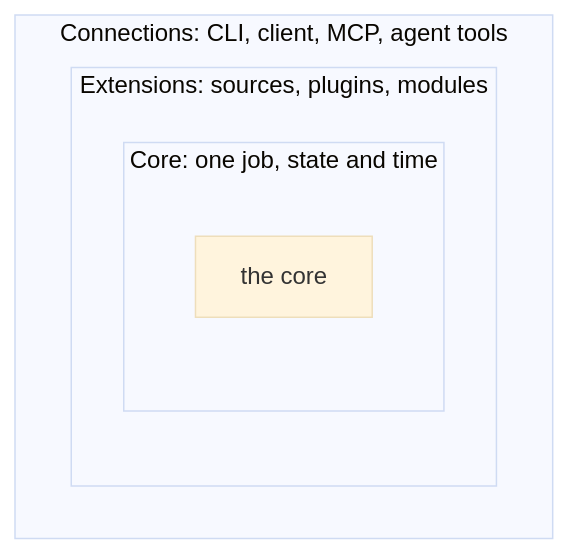
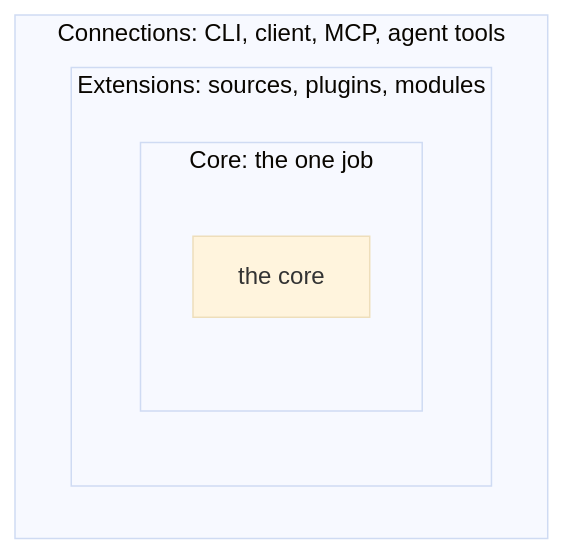
The diagram in PHILOSOPHY.md (wrkhse/workhorse), drawn with Mermaid (base theme) before and after one commit. The commit also changed other lines of this file, not shown here.

First line of the commit message:
docs(philosophy): name each project's core and match the Luau decisions (#57)

````diff
--- a/PHILOSOPHY.md
+++ b/PHILOSOPHY.md
@@ -53,10 +53,10 @@
 ```mermaid
 flowchart TB
     subgraph Connect["Connections: CLI, client, MCP, agent tools"]
         subgraph Extend["Extensions: sources, plugins, modules"]
-            subgraph Core["Core: one job, state and time"]
+            subgraph Core["Core: the one job"]
                 C["the core"]
             end
         end
     end
 ```
````
